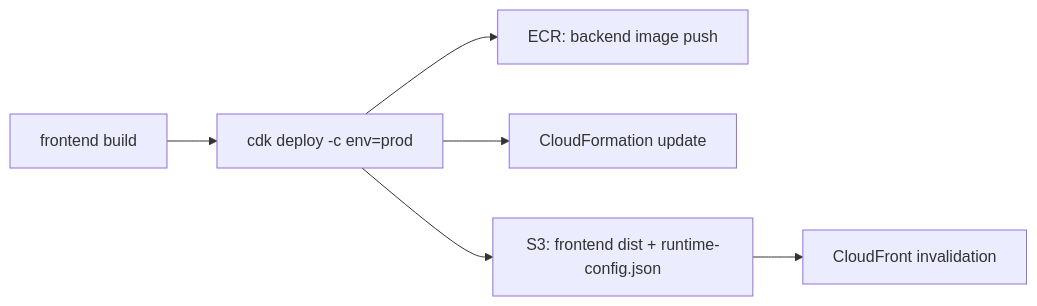
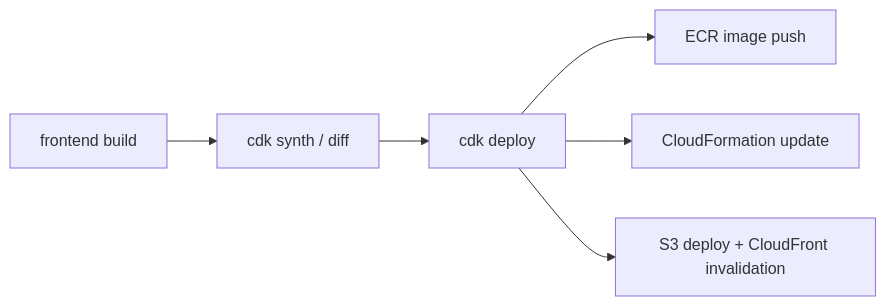
The diagram in docs/development/aws-deployment-manual.md (rafty/Todo-ECS-Sample), drawn with Mermaid before and after one commit. The commit also changed other lines of this file and 14 other files, not shown here.

````diff
--- a/docs/development/aws-deployment-manual.md
+++ b/docs/development/aws-deployment-manual.md
@@ -21,8 +19,8 @@
 ```mermaid
 flowchart LR
-  A[frontend build] --> B[cdk deploy -c env=prod]
-  B --> C[ECR: backend image push]
-  B --> D[CloudFormation update]
-  B --> E[S3: frontend dist + runtime-config.json]
-  E --> F[CloudFront invalidation]
+  A[frontend build] --> B[cdk synth / diff]
+  B --> C[cdk deploy]
+  C --> D[ECR image push]
+  C --> E[CloudFormation update]
+  C --> F[S3 deploy + CloudFront invalidation]
 ```
````
